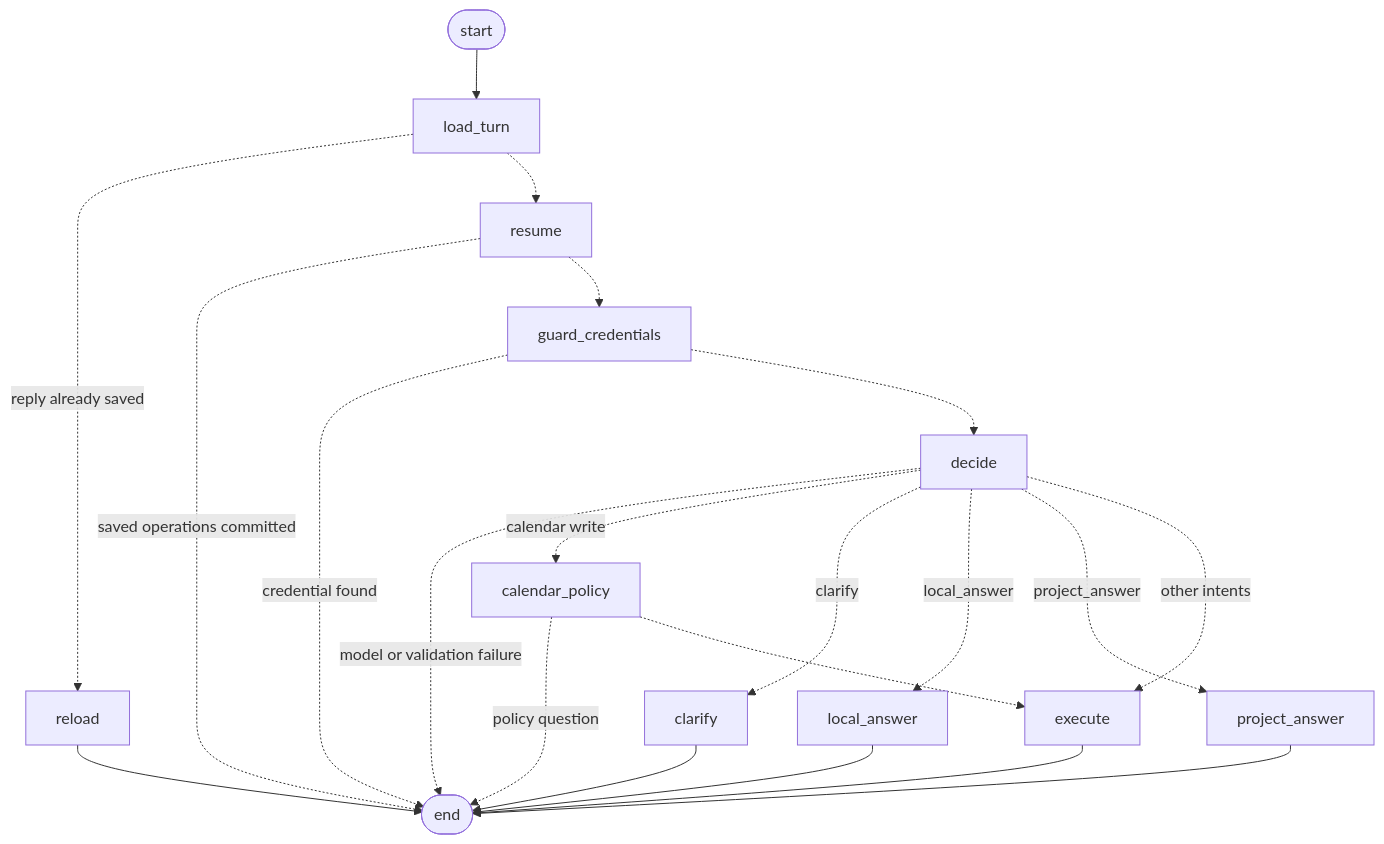
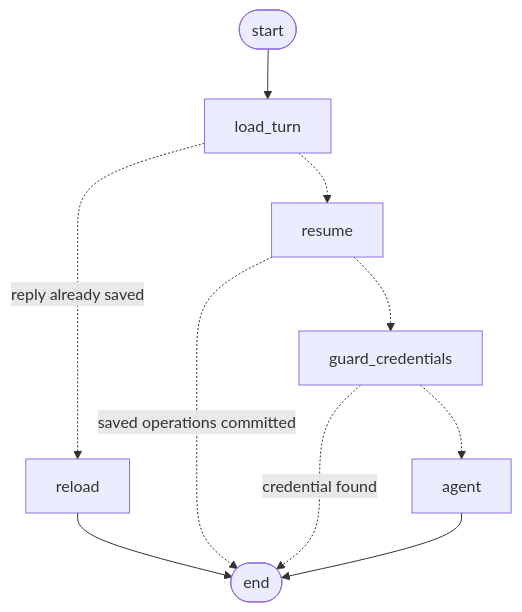
Before and after one commit to J1aCh3n/CaptureFlow: the diagram in docs/langgraph-router-migration.md, drawn with Mermaid. The commit also changed other lines of this file and 22 other files, not shown here.

````diff
--- a/docs/langgraph-router-migration.md
+++ b/docs/langgraph-router-migration.md
@@ -44,23 +50,12 @@
 ```mermaid
 flowchart TD
     START([start]) --> load_turn
     load_turn -.->|reply already saved| reload
     load_turn -.-> resume
     reload --> END([end])
     resume -.->|saved operations committed| END
     resume -.-> guard_credentials
     guard_credentials -.->|credential found| END
-    guard_credentials -.-> decide
-    decide -.->|model or validation failure| END
-    decide -.->|calendar write| calendar_policy
-    decide -.->|clarify| clarify
-    decide -.->|local_answer| local_answer
-    decide -.->|project_answer| project_answer
-    decide -.->|other intents| execute
-    calendar_policy -.->|policy question| END
-    calendar_policy -.-> execute
-    clarify --> END
-    local_answer --> END
-    project_answer --> END
-    execute --> END
+    guard_credentials -.-> agent
+    agent --> END
 ```
````
